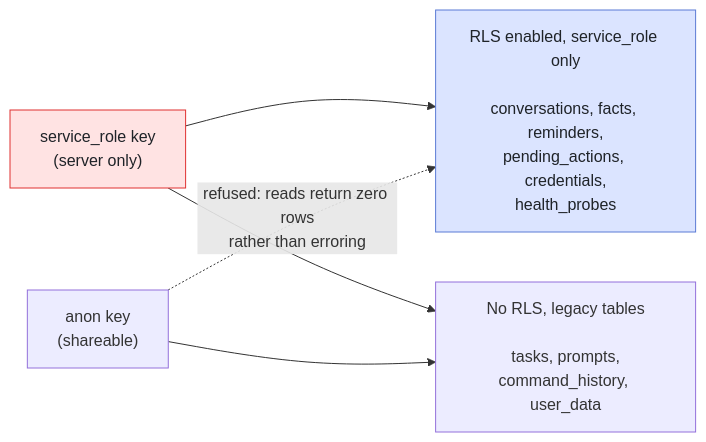
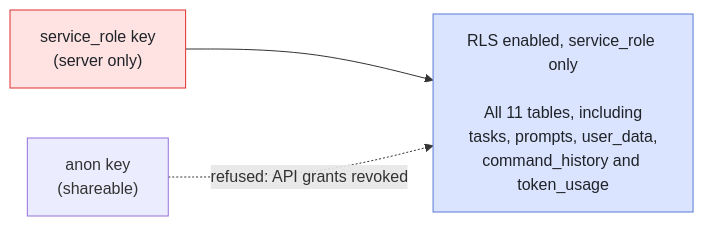
The eighth of 11 diagrams in docs/architecture.md (e1010101/my-helper), drawn with Mermaid before and after one commit. The commit also changed other lines of this file and 49 other files, not shown here.

````diff
--- a/docs/architecture.md
+++ b/docs/architecture.md
@@ -391,18 +392,15 @@
 ```mermaid
 flowchart LR
     Service["service_role key<br/>(server only)"]
     Anon["anon key<br/>(shareable)"]
 
-    Private["RLS enabled, service_role only<br/><br/>conversations, facts, reminders,<br/>pending_actions, credentials,<br/>health_probes"]
-    Open["No RLS, legacy tables<br/><br/>tasks, prompts,<br/>command_history, user_data"]
+    Private["RLS enabled, service_role only<br/><br/>All 11 tables, including<br/>tasks, prompts, user_data,<br/>command_history and token_usage"]
 
     Service --> Private
-    Service --> Open
-    Anon --> Open
-    Anon -.->|"refused: reads return zero rows<br/>rather than erroring"| Private
+    Anon -.->|"refused: API grants revoked"| Private
 
     classDef danger fill:#ffe3e3,stroke:#e03131,color:#1f2328
     classDef private fill:#dbe4ff,stroke:#5b7bd5,color:#1f2328
     class Service danger
     class Private private
 ```
````
